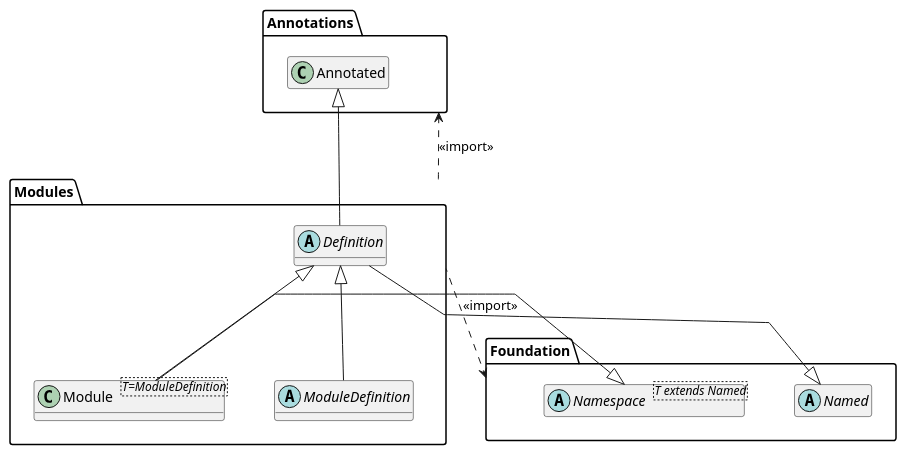
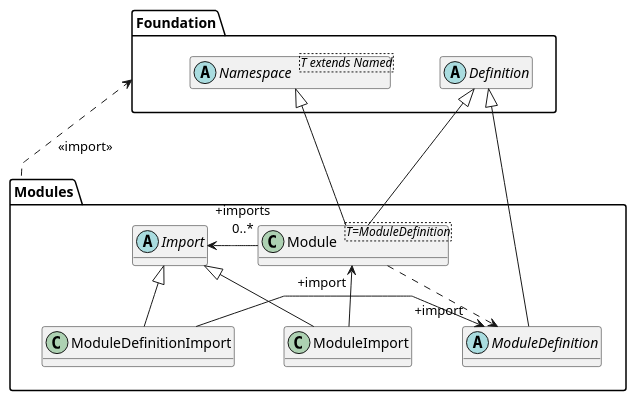
The third of 18 diagrams in docs/meta-model.org (sdm-lang/sdml-io), drawn with PlantUML before and after one commit. The commit also changed other lines of this file and 20 other files, not shown here.

```diff
--- a/docs/meta-model.org
+++ b/docs/meta-model.org
@@ -130,35 +239,37 @@
 #+BEGIN_SRC plantuml :file ./metamodel-models.svg
 @startuml
 skinparam backgroundColor transparent
 skinparam linetype polyline
 skinparam nodesep 50
 hide methods
 
 package Foundation {
     hide members
-    abstract class Named
-    abstract class "Namespace<T extends Named>" as g_Namespace {}
-}
-package Annotations {
-    hide members
-    class Annotated {}
+    abstract class Definition
+    abstract class "Namespace<T extends Named>" as g_Namespace
 }
 
 package Modules {
-    abstract class Definition {}
     class "Module<T=ModuleDefinition>" as g_Module {}
     abstract class ModuleDefinition {}
-    
-    Definition -up-|> Annotated
-    Definition -down-|> Named
-    
+        
     g_Module -up-|> Definition
     g_Module -down-|> g_Namespace
+    g_Module .down.> ModuleDefinition
 
     ModuleDefinition -up-|> Definition
+
+    abstract class Import
+    class ModuleImport
+    class ModuleDefinitionImport
+
+    g_Module -> "+imports\n0..*" Import
+    ModuleImport -up-|> Import
+    ModuleImport -> "+import" g_Module
+    ModuleDefinitionImport -up-|> Import
+    ModuleDefinitionImport -> "+import" ModuleDefinition
 }
 
 Modules .up.> Foundation: <<import>>
-Modules .down.> Annotations: <<import>>
 @enduml
 #+END_SRC
```
